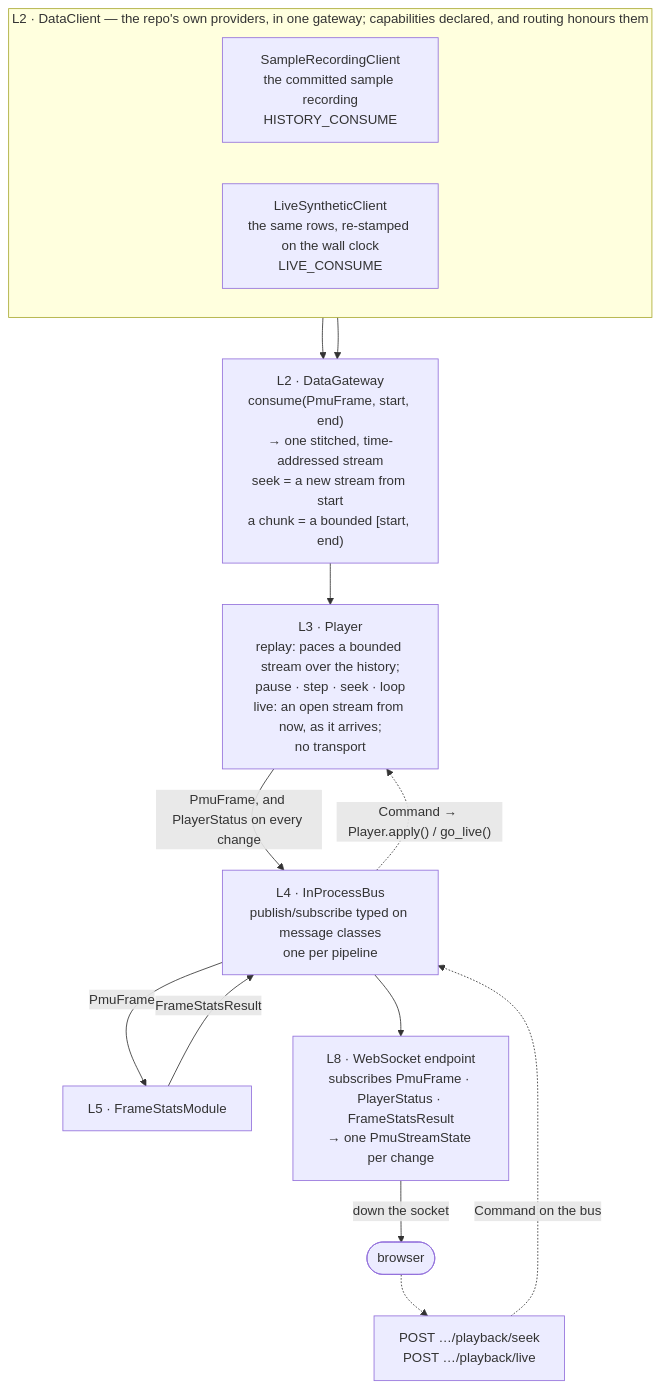
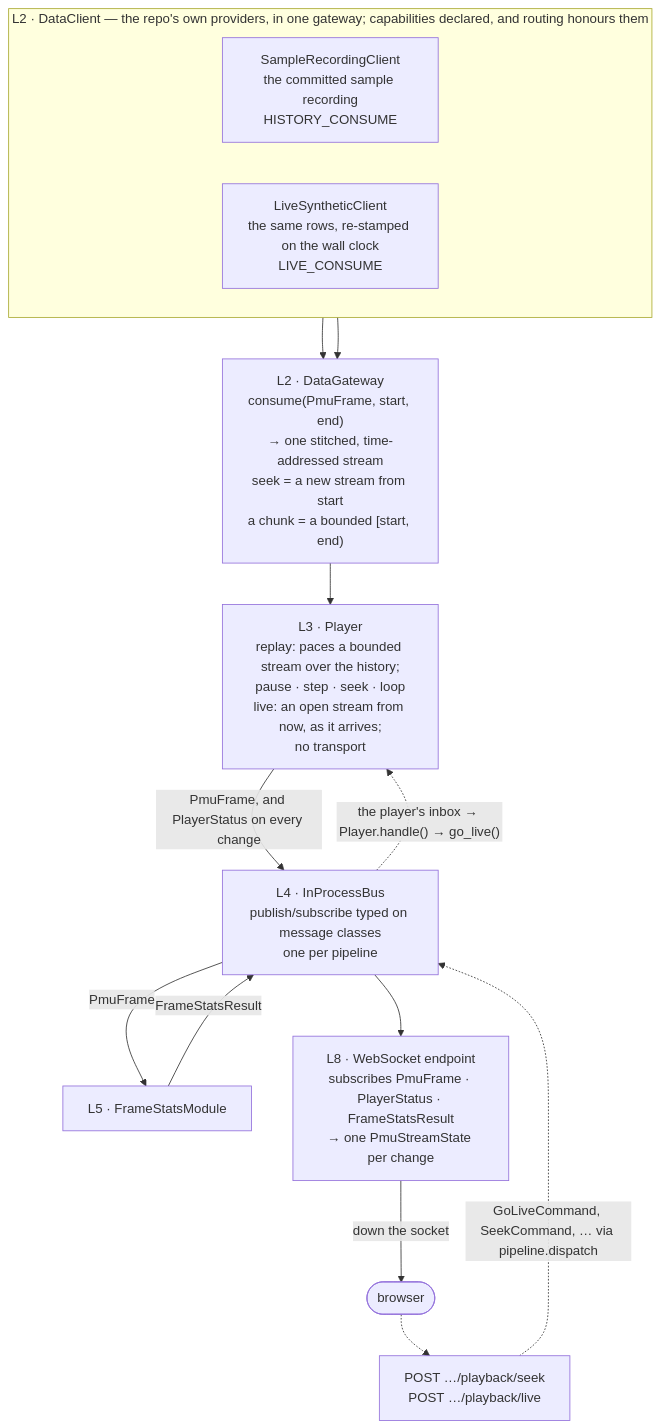
Before and after one commit to thomanil/p-SWAMP: the first of 5 diagrams in doc/server-data-architecture.md, drawn with Mermaid. The commit also changed other lines of this file and 31 other files, not shown here.

````diff
--- a/doc/server-data-architecture.md
+++ b/doc/server-data-architecture.md
@@ -45,27 +45,27 @@
 ```mermaid
 flowchart TB
     subgraph providers["L2 · DataClient — the repo's own providers, in one gateway; capabilities declared, and routing honours them"]
         direction LR
         rec["SampleRecordingClient<br/>the committed sample recording<br/>HISTORY_CONSUME"]
         live["LiveSyntheticClient<br/>the same rows, re-stamped on the wall clock<br/>LIVE_CONSUME"]
     end
     gw["L2 · DataGateway<br/>consume(PmuFrame, start, end)<br/>→ one stitched, time-addressed stream<br/>seek = a new stream from start<br/>a chunk = a bounded [start, end)"]
     player["L3 · Player<br/>replay: paces a bounded stream over the history;<br/>pause · step · seek · loop<br/>live: an open stream from now, as it arrives;<br/>no transport"]
     bus["L4 · InProcessBus<br/>publish/subscribe typed on message classes<br/>one per pipeline"]
     mod["L5 · FrameStatsModule"]
     ws["L8 · WebSocket endpoint<br/>subscribes PmuFrame · PlayerStatus · FrameStatsResult<br/>→ one PmuStreamState per change"]
     browser(["browser"])
     post["POST …/playback/seek<br/>POST …/playback/live"]
 
     rec --> gw
     live --> gw
     gw --> player
     player -- "PmuFrame, and PlayerStatus on every change" --> bus
     bus -- PmuFrame --> mod
     mod -- FrameStatsResult --> bus
     bus --> ws
     ws -- "down the socket" --> browser
     browser -.-> post
-    post -. "Command on the bus" .-> bus
-    bus -. "Command → Player.apply() / go_live()" .-> player
+    post -. "GoLiveCommand, SeekCommand, … via pipeline.dispatch" .-> bus
+    bus -. "the player's inbox → Player.handle() → go_live()" .-> player
 ```
````
